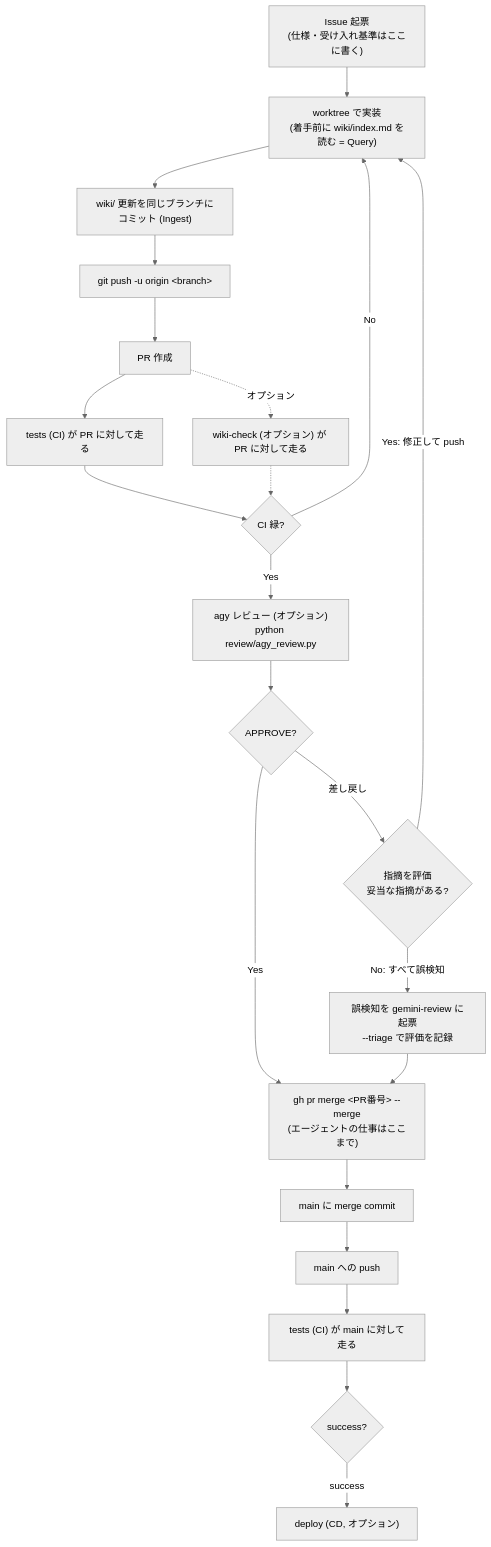
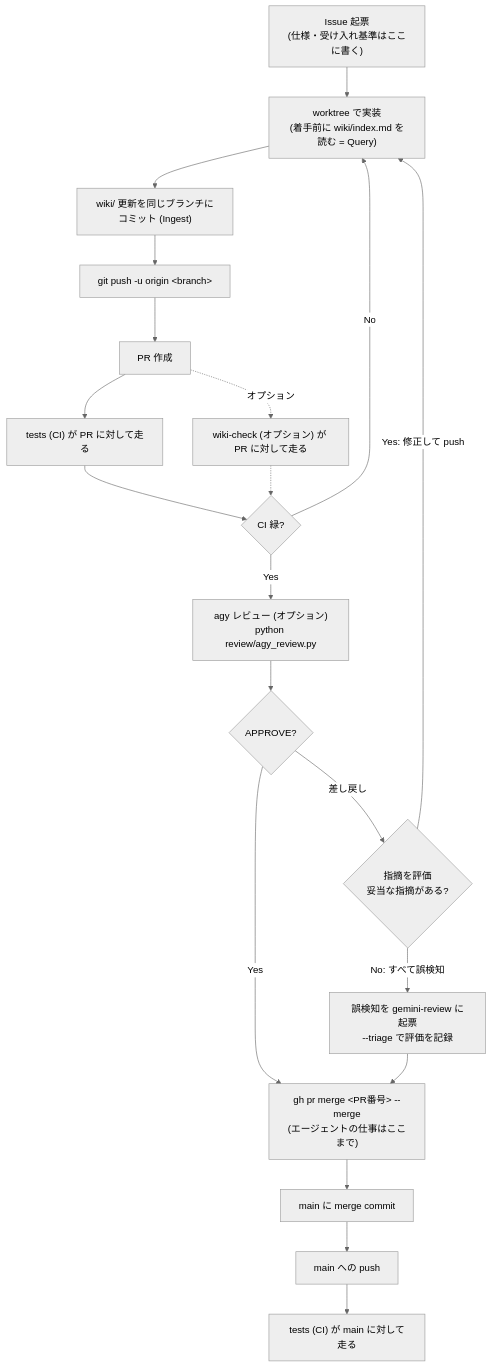
The diagram in docs/development_workflow.md (kant0123/imev), drawn with Mermaid (neutral theme) before and after one commit. The commit also changed other lines of this file and 15 other files, not shown here.

````diff
--- a/docs/development_workflow.md
+++ b/docs/development_workflow.md
@@ -21,35 +18,32 @@
 ```mermaid
 flowchart TD
     issue["Issue 起票<br/>(仕様・受け入れ基準はここに書く)"]
     worktree["worktree で実装<br/>(着手前に wiki/index.md を読む = Query)"]
     wikiUpdate["wiki/ 更新を同じブランチにコミット (Ingest)"]
     push["git push -u origin &lt;branch&gt;"]
     pr["PR 作成"]
     prTests["tests (CI) が PR に対して走る"]
     wikiCheck["wiki-check (オプション) が PR に対して走る"]
     gate{"CI 緑?"}
     review["agy レビュー (オプション)<br/>python review/agy_review.py"]
     verdict{"APPROVE?"}
     triage{"指摘を評価<br/>妥当な指摘がある?"}
     fp["誤検知を gemini-review に起票<br/>--triage で評価を記録"]
     merge["gh pr merge &lt;PR番号&gt; --merge<br/>(エージェントの仕事はここまで)"]
     mainCommit["main に merge commit"]
     mainPush["main への push"]
     mainTests["tests (CI) が main に対して走る"]
-    deploySuccess{"success?"}
-    deploy["deploy (CD, オプション)"]
 
     issue --> worktree --> wikiUpdate --> push --> pr
     pr --> prTests
     pr -.オプション.-> wikiCheck
     prTests --> gate
     wikiCheck -.-> gate
     gate -->|No| worktree
     gate -->|Yes| review --> verdict
     verdict -->|Yes| merge
     verdict -->|差し戻し| triage
     triage -->|Yes: 修正して push| worktree
     triage -->|No: すべて誤検知| fp --> merge
-    merge --> mainCommit --> mainPush --> mainTests --> deploySuccess
-    deploySuccess -->|success| deploy
+    merge --> mainCommit --> mainPush --> mainTests
 ```
````
